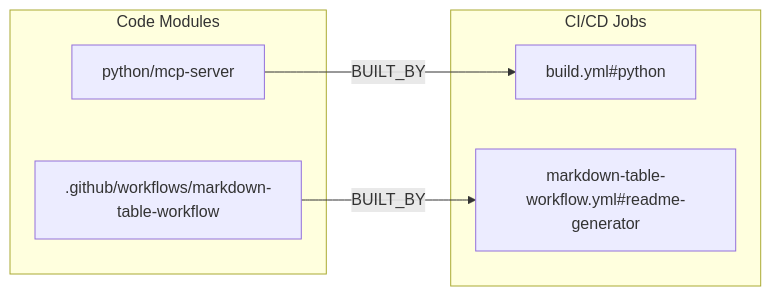
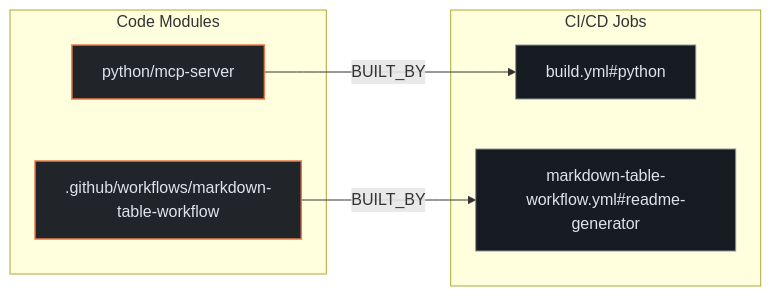
Before and after one commit to kumarshaz/atruss-code-atlas: the second of 3 diagrams in exports/latest/reports/appwrite-templates-report.md, drawn with Mermaid. The commit also changed other lines of this file and 331 other files, not shown here.

Commit message:
docs,ui,fix: update SDLC docs, reorder CI/CD DAG first, stylize Mermaid, and fix Arc42 pipeline topology

````diff
--- a/exports/latest/reports/appwrite-templates-report.md
+++ b/exports/latest/reports/appwrite-templates-report.md
@@ -159,13 +166,17 @@
 ```mermaid
 flowchart LR
+    classDef atlasCategory fill:#212428,stroke:#E87A48,stroke-width:1.5px,color:#dfe3eb
+    classDef atlasWorkflow fill:#1b2026,stroke:#a3c9ff,stroke-width:1.5px,color:#dfe3eb
+    classDef atlasJob fill:#171c22,stroke:#8d9199,stroke-width:1px,color:#dfe3eb
+    classDef atlasTarget fill:#005227,stroke:#8bd99b,stroke-width:1.5px,color:#a7f6b6
     subgraph code_modules["Code Modules"]
-        mod__github_workflows_markdown_table_workflow[".github/workflows/markdown-table-workflow"]
-        mod_python_mcp_server["python/mcp-server"]
+        mod__github_workflows_markdown_table_workflow[".github/workflows/markdown-table-workflow"]:::atlasCategory
+        mod_python_mcp_server["python/mcp-server"]:::atlasCategory
     end
     subgraph ci_jobs["CI/CD Jobs"]
-        job_build_yml_python["build.yml#python"]
-        job_markdown_table_workflow_yml_readme_generator["markdown-table-workflow.yml#readme-generator"]
+        job_build_yml_python["build.yml#python"]:::atlasJob
+        job_markdown_table_workflow_yml_readme_generator["markdown-table-workflow.yml#readme-generator"]:::atlasJob
     end
     mod__github_workflows_markdown_table_workflow -->|BUILT_BY| job_markdown_table_workflow_yml_readme_generator
     mod_python_mcp_server -->|BUILT_BY| job_build_yml_python
 ```
````
